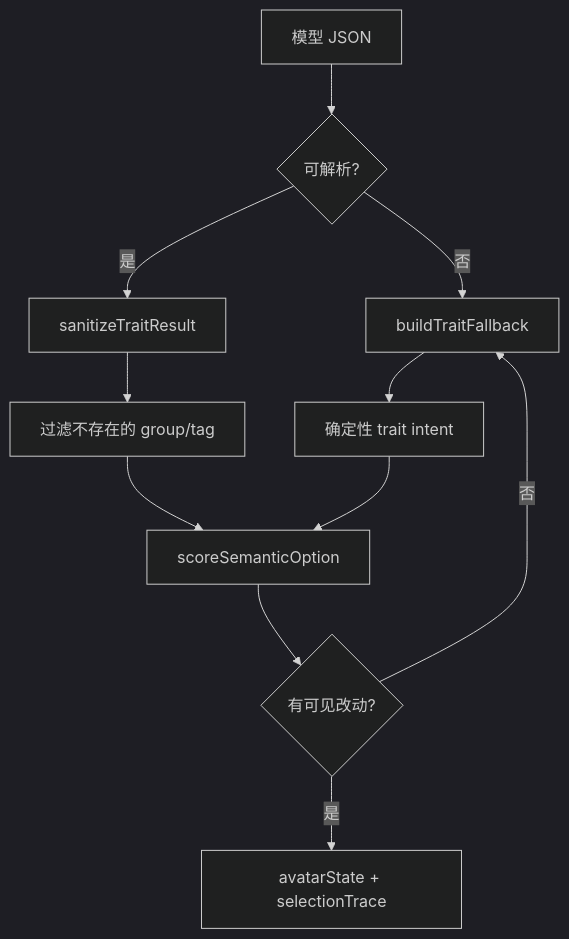
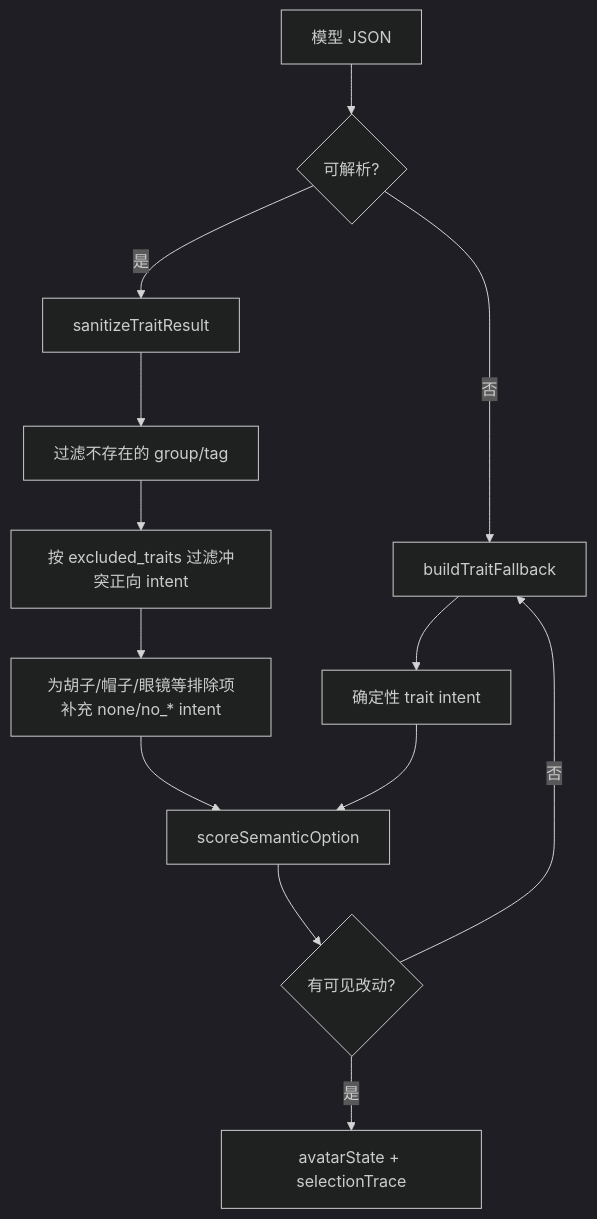
Before and after one commit to wishflow/duolingo-avator-creator: the fifth of 6 diagrams in docs/architecture.md, drawn with Mermaid (dark theme). The commit also changed other lines of this file and 2 other files, not shown here.

Commit message:
Enforce character exclusion traits in generation

````diff
--- a/docs/architecture.md
+++ b/docs/architecture.md
@@ -182,13 +193,15 @@
 ```mermaid
 flowchart TD
   A[模型 JSON] --> B{可解析?}
   B -- 否 --> F[buildTraitFallback]
   B -- 是 --> C[sanitizeTraitResult]
   C --> D[过滤不存在的 group/tag]
-  D --> E[scoreSemanticOption]
+  D --> X[按 excluded_traits 过滤冲突正向 intent]
+  X --> Y[为胡子/帽子/眼镜等排除项补充 none/no_* intent]
+  Y --> E[scoreSemanticOption]
   E --> G{有可见改动?}
   G -- 是 --> H[avatarState + selectionTrace]
   G -- 否 --> F
   F --> I[确定性 trait intent]
   I --> E
 ```
````
